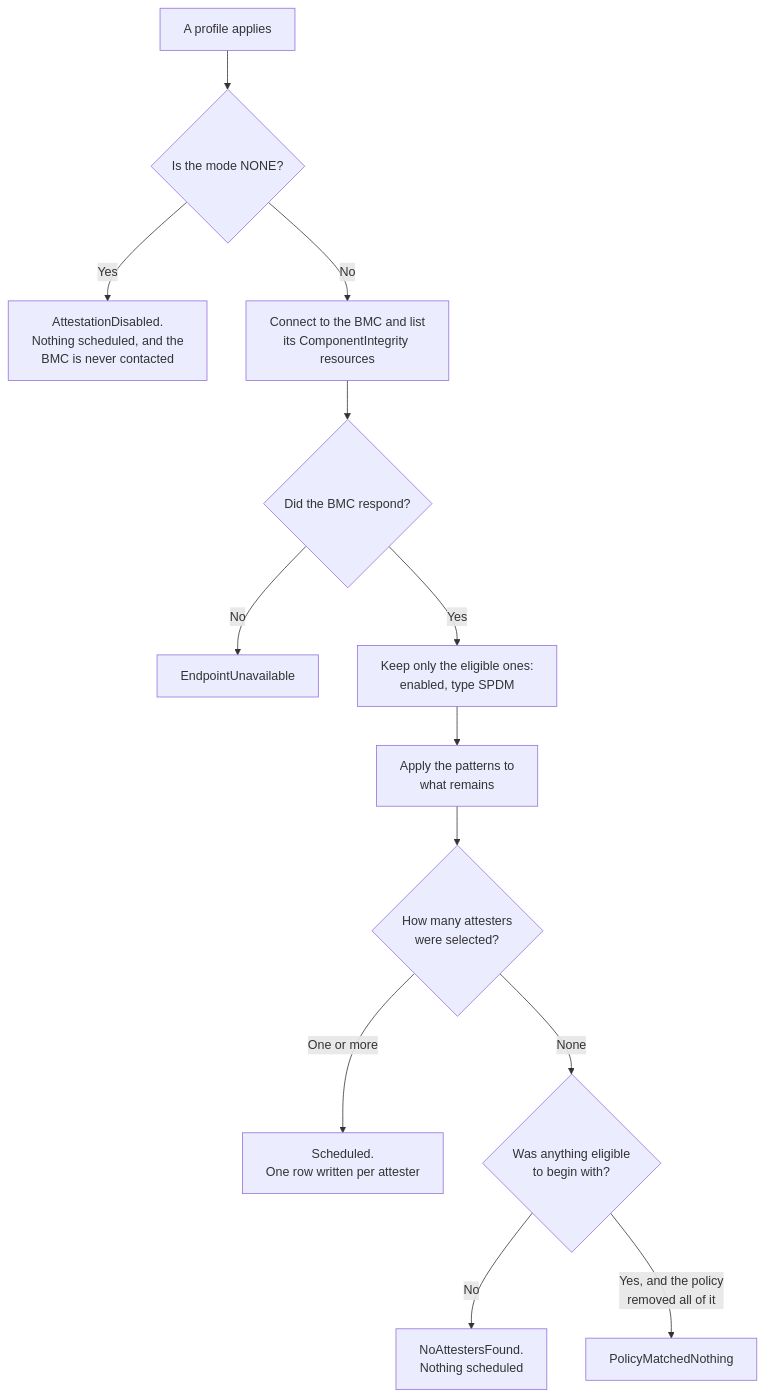
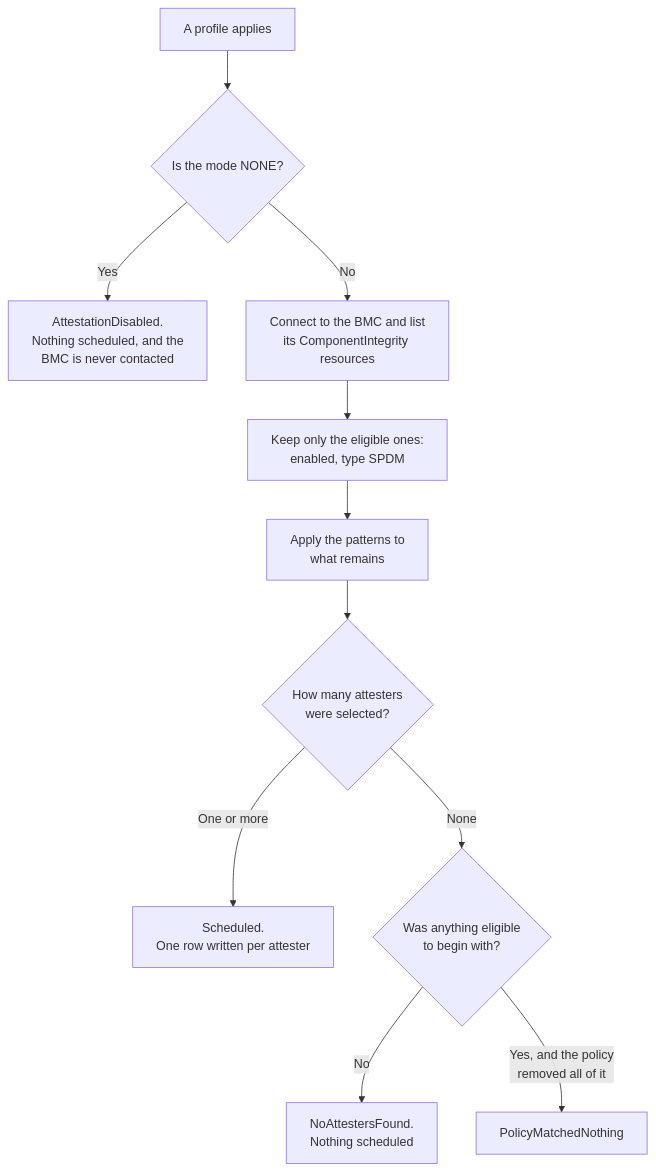
The second of 3 diagrams in docs/design/attestation/attestation-profiles.md (dsx-ai-factory/infra-controller), drawn with Mermaid before and after one commit. The commit also changed other lines of this file and 12 other files, not shown here.

Commit message:
feat(api): add profile-driven attestation flow to the spdm scheduler

````diff
--- a/docs/design/attestation/attestation-profiles.md
+++ b/docs/design/attestation/attestation-profiles.md
@@ -303,20 +303,18 @@
 ```mermaid
 flowchart TD
     P["A profile applies"] --> Q1{"Is the mode NONE?"}
 
     Q1 -->|"Yes"| O1["AttestationDisabled.<br/>Nothing scheduled, and the<br/>BMC is never contacted"]
     Q1 -->|"No"| S0["Connect to the BMC and list<br/>its ComponentIntegrity resources"]
 
-    S0 --> Q2{"Did the BMC respond?"}
-    Q2 -->|"No"| O2["EndpointUnavailable"]
-    Q2 -->|"Yes"| S1["Keep only the eligible ones:<br/>enabled, type SPDM"]
+    S0 --> S1["Keep only the eligible ones:<br/>enabled, type SPDM"]
 
     S1 --> S2["Apply the patterns to<br/>what remains"]
     S2 --> Q3{"How many attesters<br/>were selected?"}
 
     Q3 -->|"One or more"| O3["Scheduled.<br/>One row written per attester"]
     Q3 -->|"None"| Q4{"Was anything eligible<br/>to begin with?"}
 
     Q4 -->|"No"| O4["NoAttestersFound.<br/>Nothing scheduled"]
     Q4 -->|"Yes, and the policy<br/>removed all of it"| O5["PolicyMatchedNothing"]
 ```
````
